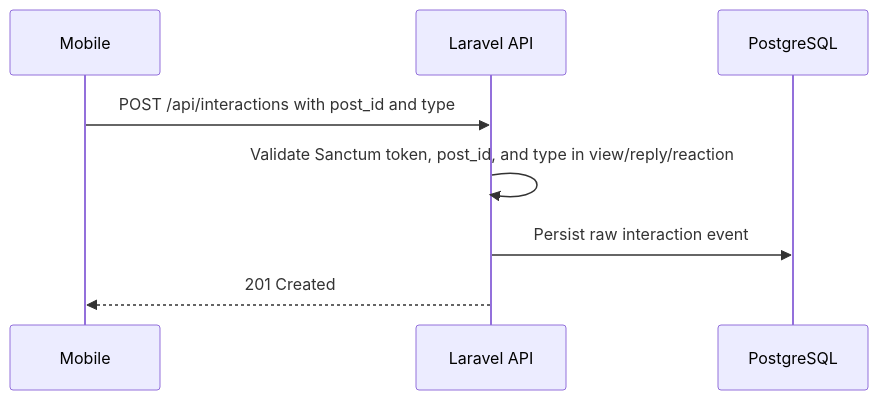
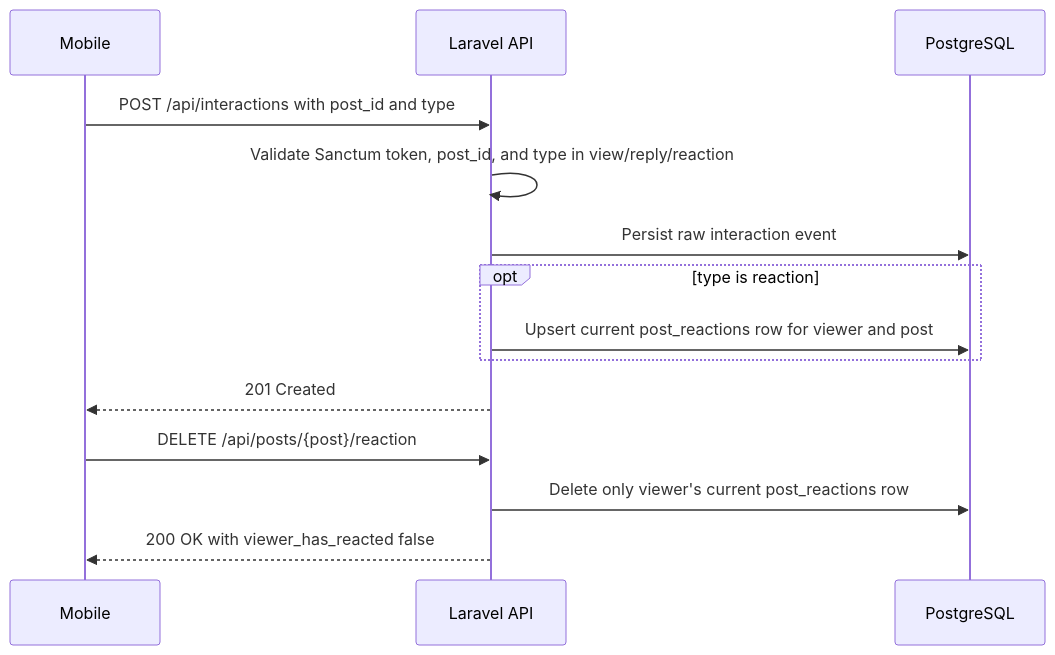
The fifth of 6 diagrams in docs/architecture.md (AbhinavSivanandhan/GuisedUpAssignment), drawn with Mermaid before and after one commit. The commit also changed other lines of this file and 177 other files, not shown here.

````diff
--- a/docs/architecture.md
+++ b/docs/architecture.md
@@ -75,11 +75,18 @@
 ```mermaid
 sequenceDiagram
   participant M as Mobile
   participant L as Laravel API
   participant DB as PostgreSQL
 
   M->>L: POST /api/interactions with post_id and type
   L->>L: Validate Sanctum token, post_id, and type in view/reply/reaction
   L->>DB: Persist raw interaction event
+  opt type is reaction
+    L->>DB: Upsert current post_reactions row for viewer and post
+  end
   L-->>M: 201 Created
+
+  M->>L: DELETE /api/posts/{post}/reaction
+  L->>DB: Delete only viewer's current post_reactions row
+  L-->>M: 200 OK with viewer_has_reacted false
 ```
````
